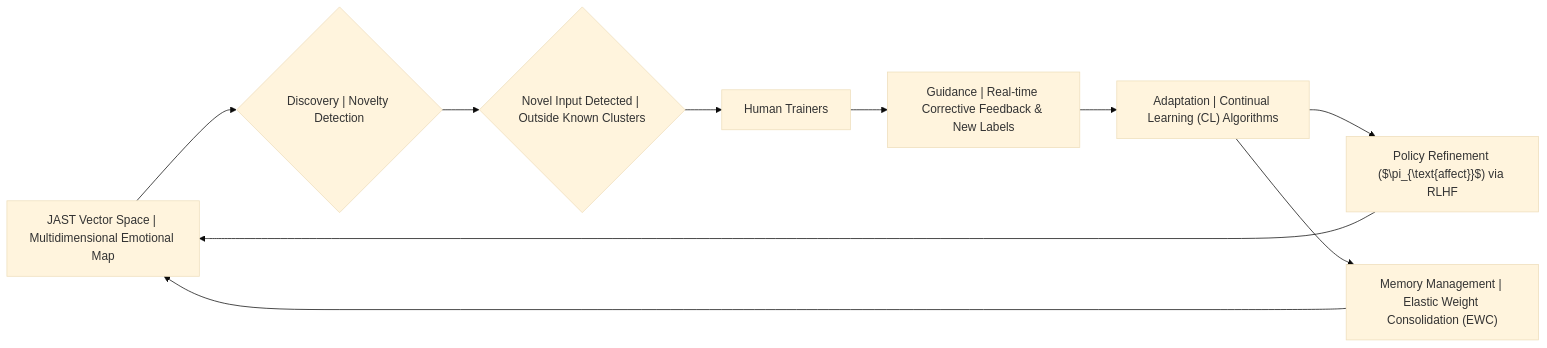
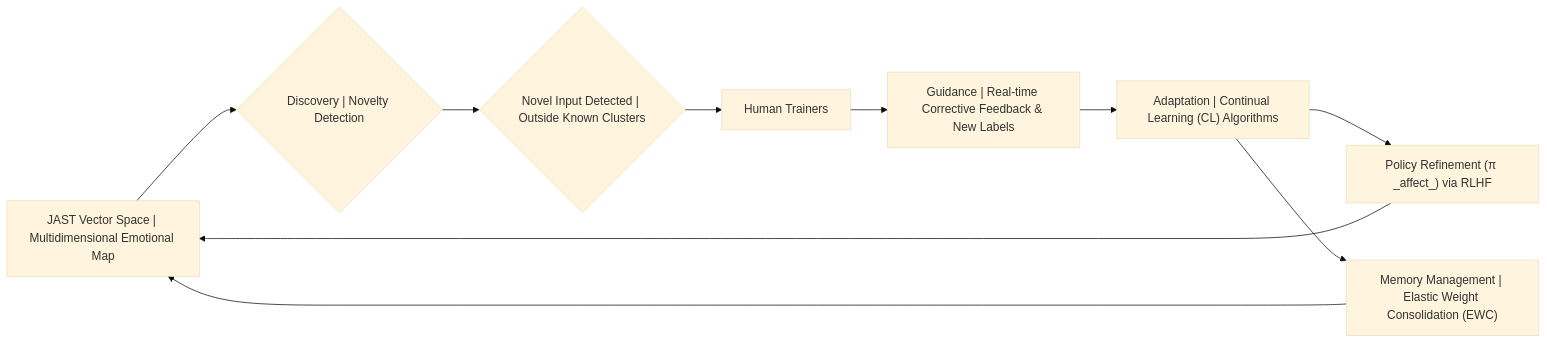
One commit to 76448-ORG/GPR-Protocol changed the third of 3 diagrams in README.md. Above: the diagram before and after it, drawn with Mermaid (base theme). The commit also changed other lines of this file, not shown here.

````diff
--- a/README.md
+++ b/README.md
@@ -162,11 +162,11 @@
 ```mermaid
 graph LR;
     A["JAST Vector Space | Multidimensional Emotional Map"] --> B{"Discovery | Novelty Detection"};
     B --> C{"Novel Input Detected | Outside Known Clusters"};
     C --> D["Human Trainers"];
     D --> E["Guidance | Real-time Corrective Feedback & New Labels"];
     E --> F["Adaptation | Continual Learning (CL) Algorithms"];
-    F --> G["Policy Refinement ($\pi_{\text{affect}}$) via RLHF"];
+    F --> G["Policy Refinement (π _affect_) via RLHF"];
     F --> H["Memory Management | Elastic Weight Consolidation (EWC)"];
     G & H --> A;
 ```
````
